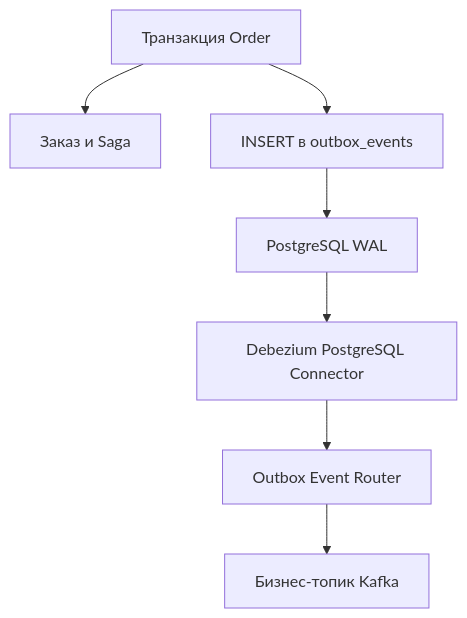
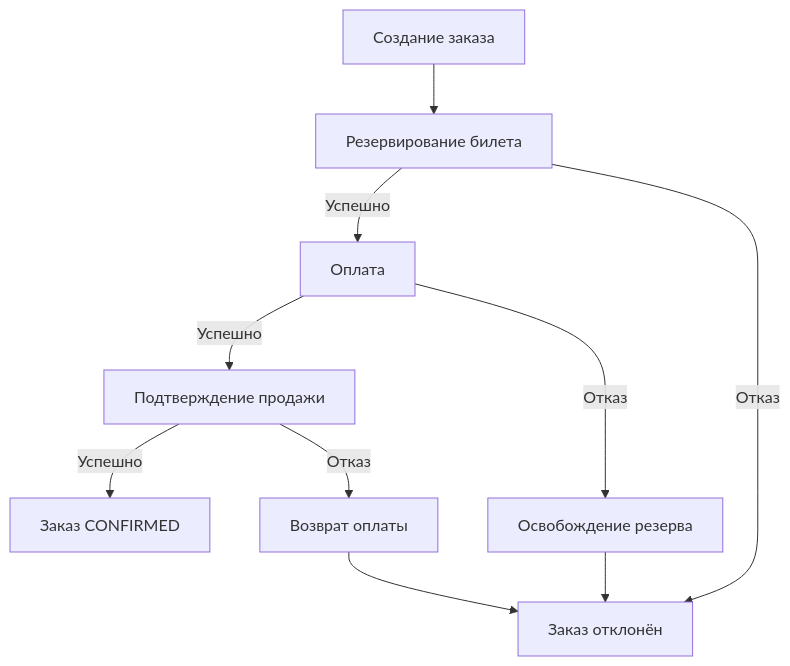
One commit to sergeykremnev8888/ticket-craft changed the diagram in order-service/README.md. Above: the diagram before and after it, drawn with Mermaid. The commit also changed other lines of this file and 5 other files, not shown here.

````diff
--- a/order-service/README.md
+++ b/order-service/README.md
@@ -547,9 +21,12 @@
 ```mermaid
 flowchart TD
-    TX["Транзакция Order"] --> Business["Заказ и Saga"]
-    TX --> Outbox["INSERT в outbox_events"]
-    Outbox --> WAL["PostgreSQL WAL"]
-    WAL --> Connector["Debezium PostgreSQL Connector"]
-    Connector --> Router["Outbox Event Router"]
-    Router --> Kafka["Бизнес-топик Kafka"]
+    Create["Создание заказа"] --> Reserve["Резервирование билета"]
+    Reserve -->|Успешно| Pay["Оплата"]
+    Reserve -->|Отказ| Failed["Заказ отклонён"]
+    Pay -->|Успешно| Confirm["Подтверждение продажи"]
+    Pay -->|Отказ| Release["Освобождение резерва"]
+    Release --> Failed
+    Confirm -->|Успешно| Done["Заказ CONFIRMED"]
+    Confirm -->|Отказ| Refund["Возврат оплаты"]
+    Refund --> Failed
 ```
````
